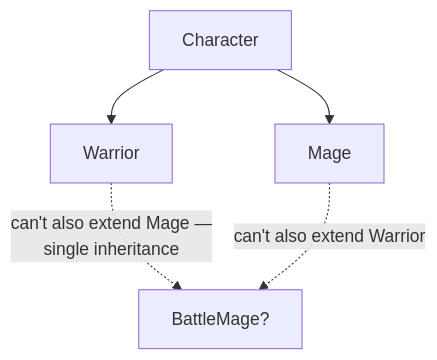
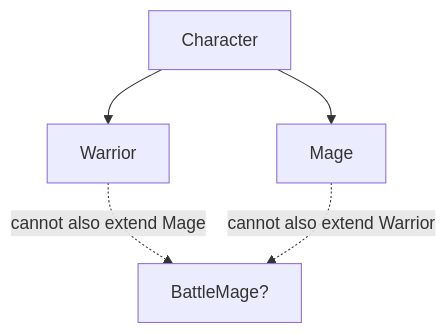
The first of 3 diagrams in src/content/software-design/oop-design-trade-offs/L2-concept.mdx (francoandreDev/knowledge), drawn with Mermaid before and after one commit. The commit also changed other lines of this file and 16 other files, not shown here.

````diff
--- a/src/content/software-design/oop-design-trade-offs/L2-concept.mdx
+++ b/src/content/software-design/oop-design-trade-offs/L2-concept.mdx
@@ -30,7 +33,7 @@
 ```mermaid
 flowchart TD
     A[Character] --> B[Warrior]
     A --> C[Mage]
-    B -.->|"can't also extend Mage —\nsingle inheritance"| D["BattleMage?"]
-    C -.->|"can't also extend Warrior"| D
+    B -.->|"cannot also extend Mage"| D["BattleMage?"]
+    C -.->|"cannot also extend Warrior"| D
 ```
````
